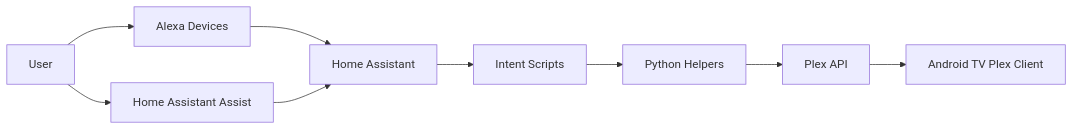
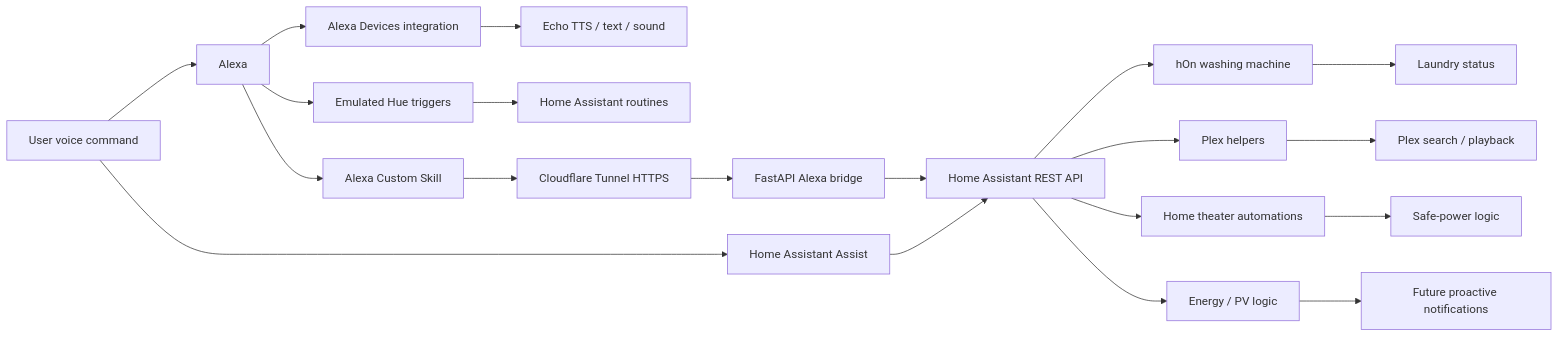
Before and after one commit to keriol/Iot-home-automation: the diagram in docs/diagrams/voice-flow.md, drawn with Mermaid. The commit also changed other lines of this file and 5 other files, not shown here.

Commit message:
Document Alexa Custom Skill bridge MVP

````diff
--- a/docs/diagrams/voice-flow.md
+++ b/docs/diagrams/voice-flow.md
@@ -3,21 +3,30 @@
 ```mermaid
 flowchart LR
+    User[User voice command]
 
-    User[User]
-    Alexa[Alexa Devices]
-    Assist[Home Assistant Assist]
-    HA[Home Assistant]
-    Intent[Intent Scripts]
-    Python[Python Helpers]
-    Plex[Plex API]
-    TV[Android TV Plex Client]
+    User --> Alexa[Alexa]
+    User --> Assist[Home Assistant Assist]
 
-    User --> Alexa
-    User --> Assist
-    Alexa --> HA
+    Alexa --> AlexaDevices[Alexa Devices integration]
+    Alexa --> EmulatedHue[Emulated Hue triggers]
+    Alexa --> CustomSkill[Alexa Custom Skill]
+
+    AlexaDevices --> TTS[Echo TTS / text / sound]
+    EmulatedHue --> HARoutines[Home Assistant routines]
+
+    CustomSkill --> CF[Cloudflare Tunnel HTTPS]
+    CF --> FastAPI[FastAPI Alexa bridge]
+    FastAPI --> HA[Home Assistant REST API]
+
     Assist --> HA
-    HA --> Intent
-    Intent --> Python
-    Python --> Plex
-    Plex --> TV
+
+    HA --> Laundry[hOn washing machine]
+    HA --> Plex[Plex helpers]
+    HA --> Theater[Home theater automations]
+    HA --> Energy[Energy / PV logic]
+
+    Laundry --> LaundryStatus[Laundry status]
+    Plex --> PlexPlayback[Plex search / playback]
+    Theater --> SafePower[Safe-power logic]
+    Energy --> Notifications[Future proactive notifications]
 ```
````
